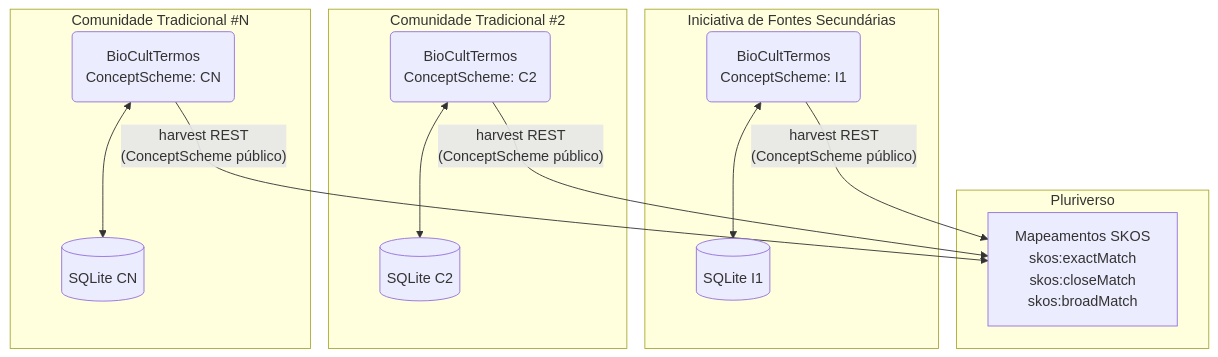
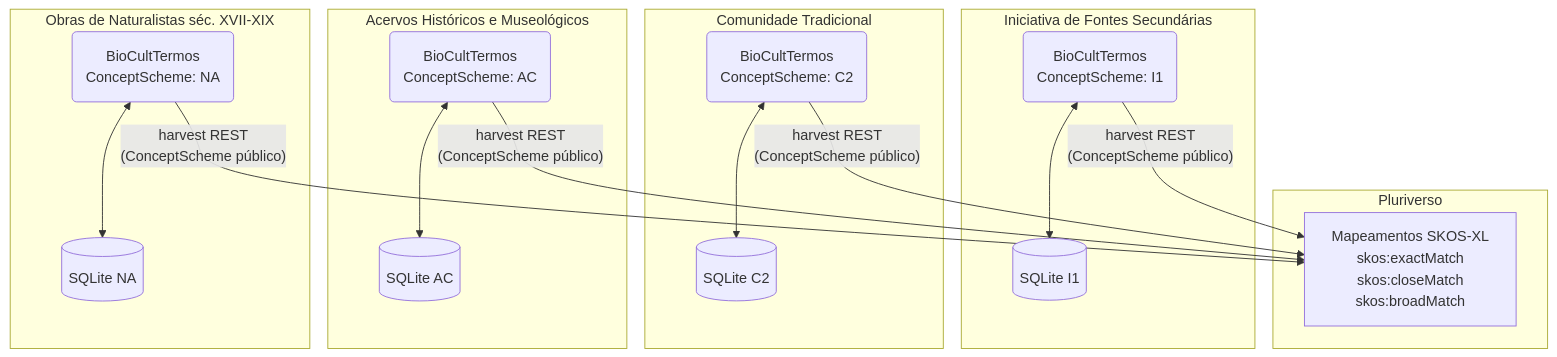
One commit to edalcin/etnotermos changed the sixth of 6 diagrams in README.md. Above: the diagram before and after it, drawn with Mermaid. The commit also changed other lines of this file, not shown here.

Commit message:
docs: alinha federacao a arquitetura v3.2 (4 tipos de membro)

````diff
--- a/README.md
+++ b/README.md
@@ -415,22 +415,22 @@
 ```mermaid
 graph TD
     subgraph I1["Iniciativa de Fontes Secundárias"]
         ET1(BioCultTermos\nConceptScheme: I1) <--> SDB1[(SQLite I1)]
     end
-
-    subgraph C2["Comunidade Tradicional #2"]
+    subgraph C2["Comunidade Tradicional"]
         ET2(BioCultTermos\nConceptScheme: C2) <--> SDB2[(SQLite C2)]
     end
-
-    subgraph C3["Comunidade Tradicional #N"]
-        ET3(BioCultTermos\nConceptScheme: CN) <--> SDB3[(SQLite CN)]
+    subgraph AC["Acervos Históricos e Museológicos"]
+        ET3(BioCultTermos\nConceptScheme: AC) <--> SDB3[(SQLite AC)]
     end
-
+    subgraph NA["Obras de Naturalistas séc. XVII-XIX"]
+        ET4(BioCultTermos\nConceptScheme: NA) <--> SDB4[(SQLite NA)]
+    end
     subgraph PL["Pluriverso"]
-        MAP["Mapeamentos SKOS\nskos:exactMatch\nskos:closeMatch\nskos:broadMatch"]
+        MAP["Mapeamentos SKOS-XL\nskos:exactMatch\nskos:closeMatch\nskos:broadMatch"]
     end
-
     ET1 -->|"harvest REST\n(ConceptScheme público)"| MAP
     ET2 -->|"harvest REST\n(ConceptScheme público)"| MAP
     ET3 -->|"harvest REST\n(ConceptScheme público)"| MAP
+    ET4 -->|"harvest REST\n(ConceptScheme público)"| MAP
 ```
````
